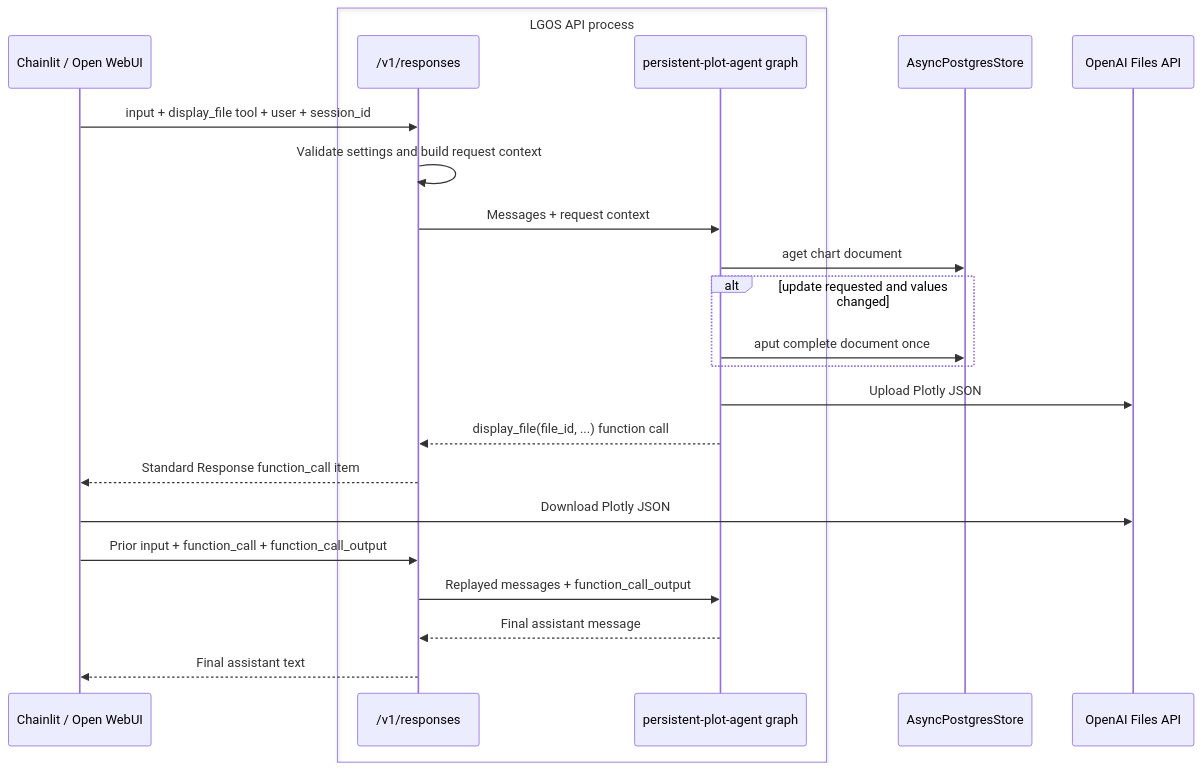
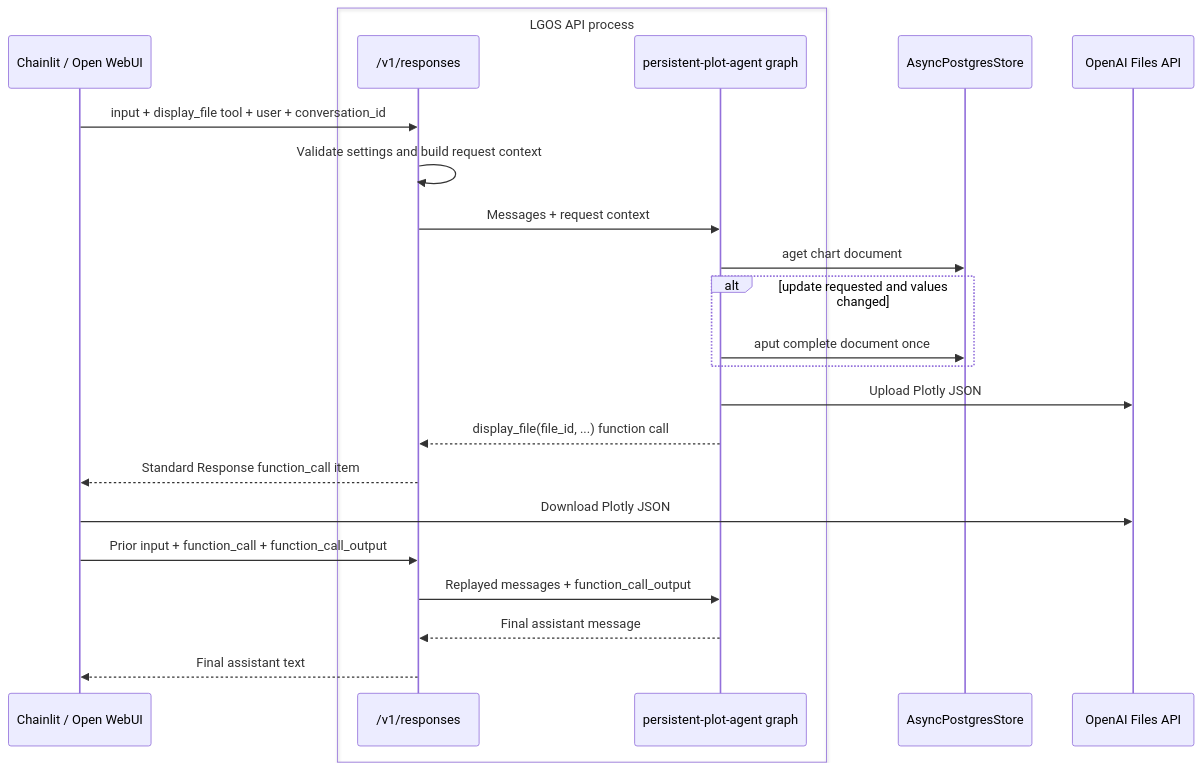
One commit to ilkersigirci/langgraph-openai-serve changed the second of 2 diagrams in docs/demo/graphs/persistent-plot-agent.md. Above: the diagram before and after it, drawn with Mermaid. The commit also changed other lines of this file and 25 other files, not shown here.

Commit message:
feat: session_id renamed to conversation id

````diff
--- a/docs/demo/graphs/persistent-plot-agent.md
+++ b/docs/demo/graphs/persistent-plot-agent.md
@@ -36,26 +36,26 @@
 ```mermaid
 sequenceDiagram
   participant UI as Chainlit / Open WebUI
   box LGOS API process
     participant API as /v1/responses
     participant Graph as persistent-plot-agent graph
   end
   participant Store as AsyncPostgresStore
   participant Files as OpenAI Files API
 
-  UI->>API: input + display_file tool + user + session_id
+  UI->>API: input + display_file tool + user + conversation_id
   API->>API: Validate settings and build request context
   API->>Graph: Messages + request context
   Graph->>Store: aget chart document
   alt update requested and values changed
     Graph->>Store: aput complete document once
   end
   Graph->>Files: Upload Plotly JSON
   Graph-->>API: display_file(file_id, ...) function call
   API-->>UI: Standard Response function_call item
   UI->>Files: Download Plotly JSON
   UI->>API: Prior input + function_call + function_call_output
   API->>Graph: Replayed messages + function_call_output
   Graph-->>API: Final assistant message
   API-->>UI: Final assistant text
 ```
````
